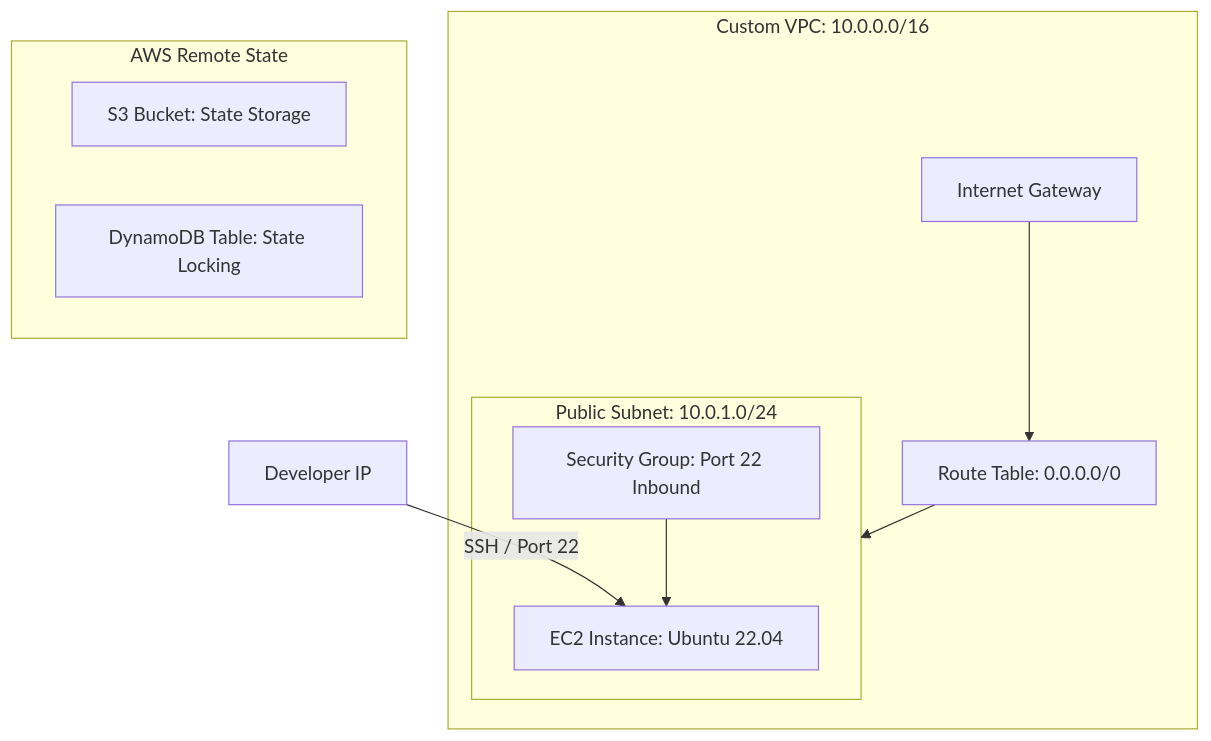
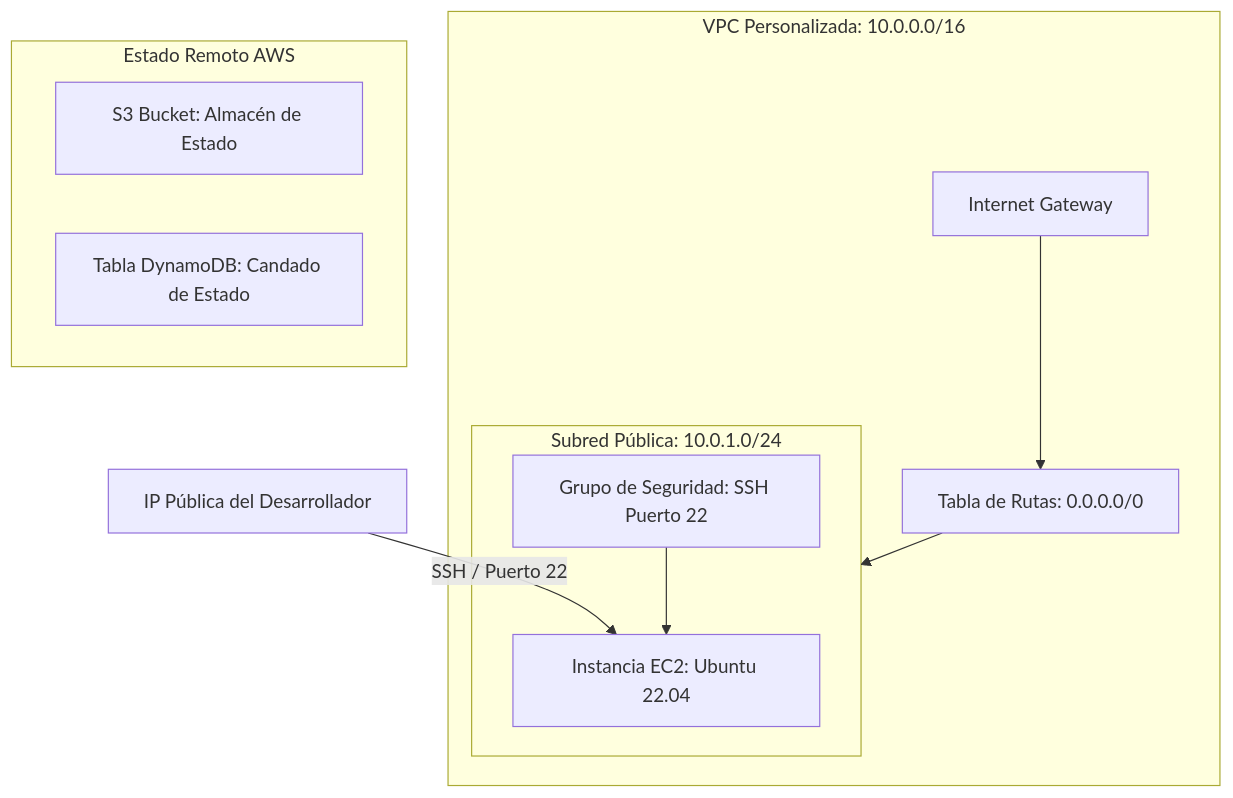
One commit to valentinpd/terraform-aws changed the diagram in README.md. Above: the diagram before and after it, drawn with Mermaid. The commit also changed other lines of this file, not shown here.

````diff
--- a/README.md
+++ b/README.md
@@ -7,17 +7,17 @@
 ```mermaid
 graph TD
-    User[Developer IP] -->|SSH / Port 22| EC2[EC2 Instance: Ubuntu 22.04]
-    subgraph VPC [Custom VPC: 10.0.0.0/16]
-        subgraph Subnet [Public Subnet: 10.0.1.0/24]
+    User[IP Pública del Desarrollador] -->|SSH / Puerto 22| EC2[Instancia EC2: Ubuntu 22.04]
+    subgraph VPC [VPC Personalizada: 10.0.0.0/16]
+        subgraph Subnet [Subred Pública: 10.0.1.0/24]
             EC2
-            SG[Security Group: Port 22 Inbound] --> EC2
+            SG[Grupo de Seguridad: SSH Puerto 22] --> EC2
         end
-        IGW[Internet Gateway] --> RouteTable[Route Table: 0.0.0.0/0]
+        IGW[Internet Gateway] --> RouteTable[Tabla de Rutas: 0.0.0.0/0]
         RouteTable --> Subnet
     end
     
-    subgraph RemoteBackend [AWS Remote State]
-        S3[S3 Bucket: State Storage]
-        DynamoDB[DynamoDB Table: State Locking]
+    subgraph RemoteBackend [Estado Remoto AWS]
+        S3[S3 Bucket: Almacén de Estado]
+        DynamoDB[Tabla DynamoDB: Candado de Estado]
     end
 ```
````
